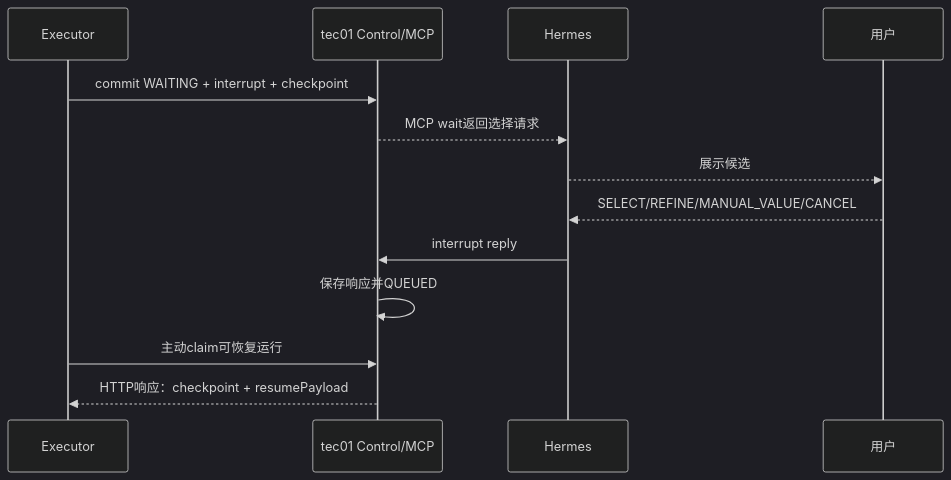
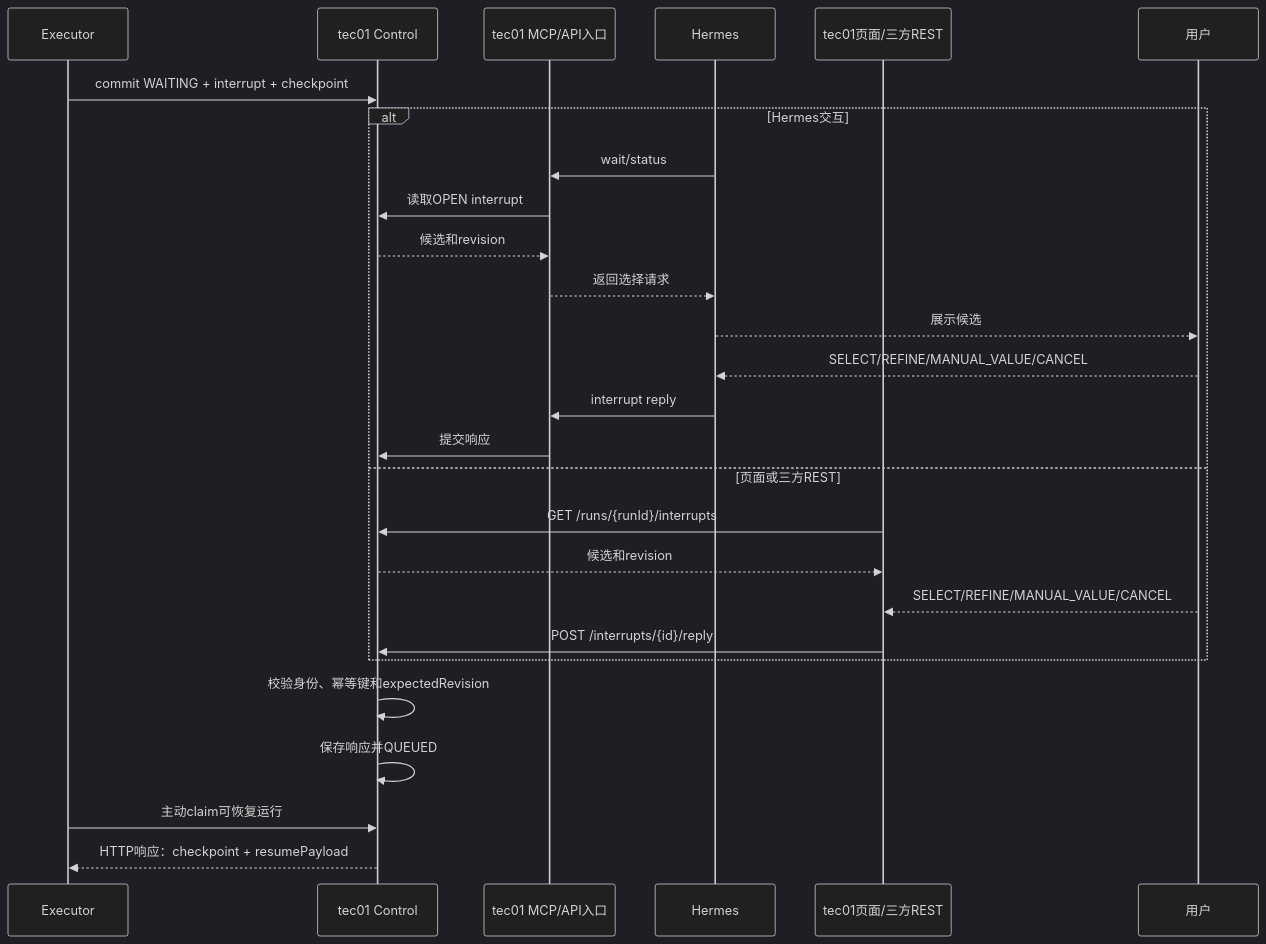
Before and after one commit to armin1024/itsm-workflow: the fourth of 5 diagrams in docs/tec01-integration-contract.md, drawn with Mermaid (dark theme). The commit also changed other lines of this file and 6 other files, not shown here.

Commit message:
docs: align tec01 control and runtime flows

````diff
--- a/docs/tec01-integration-contract.md
+++ b/docs/tec01-integration-contract.md
@@ -801,15 +747,29 @@
 ```mermaid
 sequenceDiagram
     participant E as Executor
-    participant T as tec01 Control/MCP
+    participant T as tec01 Control
+    participant G as tec01 MCP/API入口
     participant H as Hermes
+    participant W as tec01页面/三方REST
     participant U as 用户
     E->>T: commit WAITING + interrupt + checkpoint
-    T-->>H: MCP wait返回选择请求
-    H-->>U: 展示候选
-    U-->>H: SELECT/REFINE/MANUAL_VALUE/CANCEL
-    H->>T: interrupt reply
+    alt Hermes交互
+        H->>G: wait/status
+        G->>T: 读取OPEN interrupt
+        T-->>G: 候选和revision
+        G-->>H: 返回选择请求
+        H-->>U: 展示候选
+        U-->>H: SELECT/REFINE/MANUAL_VALUE/CANCEL
+        H->>G: interrupt reply
+        G->>T: 提交响应
+    else 页面或三方REST
+        W->>T: GET /runs/{runId}/interrupts
+        T-->>W: 候选和revision
+        U-->>W: SELECT/REFINE/MANUAL_VALUE/CANCEL
+        W->>T: POST /interrupts/{id}/reply
+    end
+    T->>T: 校验身份、幂等键和expectedRevision
     T->>T: 保存响应并QUEUED
     E->>T: 主动claim可恢复运行
     T-->>E: HTTP响应：checkpoint + resumePayload
 ```
````
